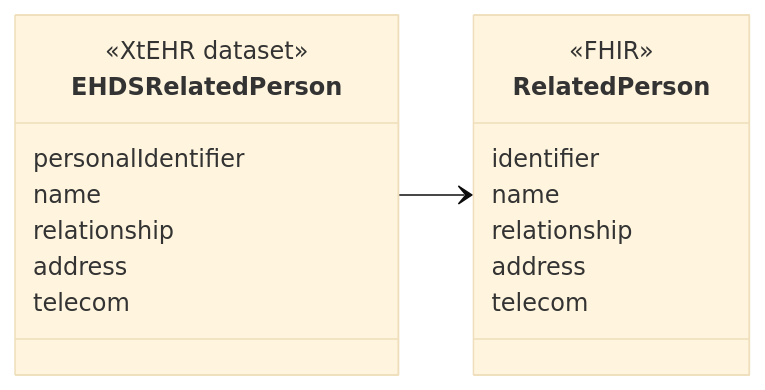
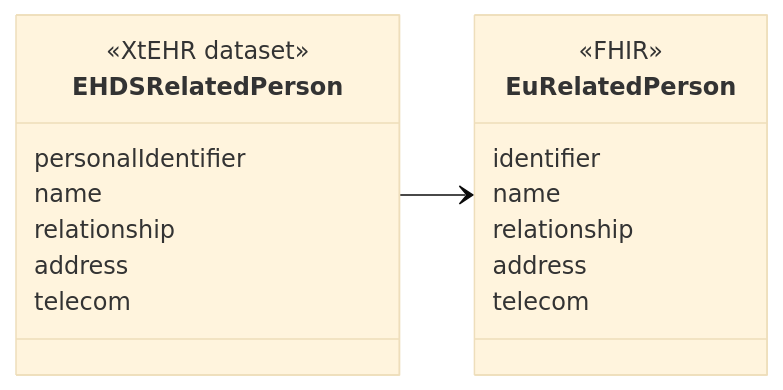
Before and after one commit to oijauregui/ehdsimaging: the diagram in input/intro-notes/ConceptMap-EHDSRelatedPersonMap-intro.md, drawn with Mermaid (base theme). The commit also changed 138 other files, not shown here.

````diff
--- a/input/intro-notes/ConceptMap-EHDSRelatedPersonMap-intro.md
+++ b/input/intro-notes/ConceptMap-EHDSRelatedPersonMap-intro.md
@@ -5,23 +5,23 @@
 ```mermaid
 classDiagram
 direction LR
 class EHDSRelatedPerson {
   <<XtEHR dataset>>
   personalIdentifier
   name
   relationship
   address
   telecom
 }
 link EHDSRelatedPerson "https://build.fhir.org/ig/Xt-EHR/xt-ehr-common/StructureDefinition-EHDSRelatedPerson.html"
-class RelatedPerson{
+class EuRelatedPerson{
   <<FHIR>>
   identifier
   name
   relationship
   address
   telecom
 }
 
-EHDSRelatedPerson --> RelatedPerson
+EHDSRelatedPerson --> EuRelatedPerson
 ```
````
